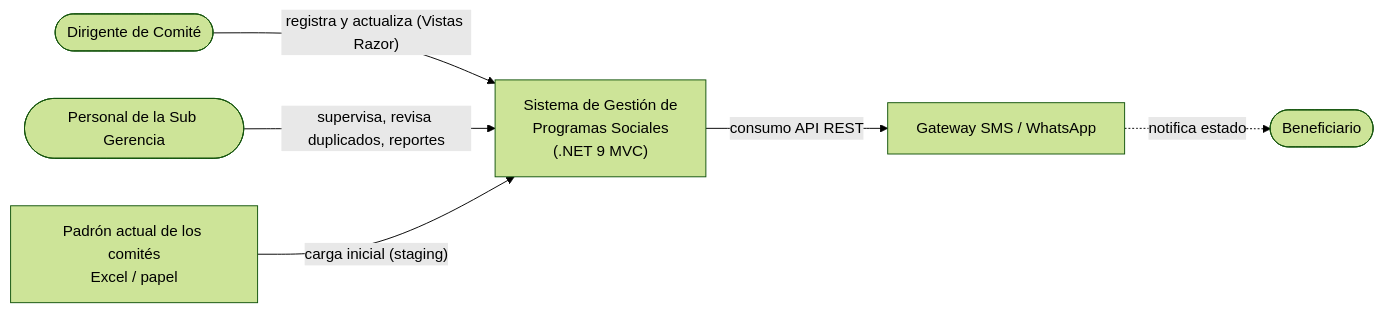
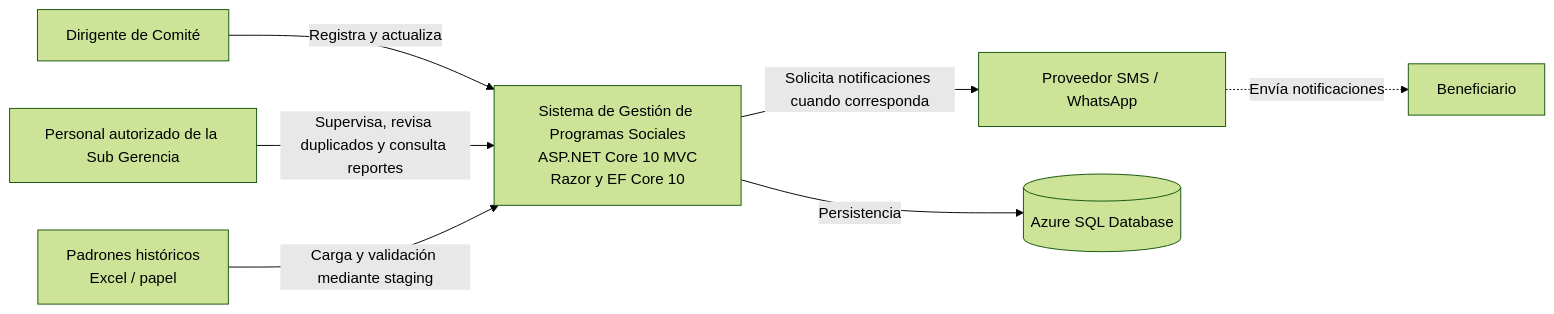
Before and after one commit to Yey-Cardenas/Programas-Sociales: the second of 2 diagrams in arquitectura/arquitectura-inicial.md, drawn with Mermaid (forest theme). The commit also changed other lines of this file and 2 other files, not shown here.

Commit message:
docs: actualizar diagramas de arquitectura MVC y estilo arquitectonico

````diff
--- a/arquitectura/arquitectura-inicial.md
+++ b/arquitectura/arquitectura-inicial.md
@@ -81,9 +82,18 @@
 ```mermaid
+
 flowchart LR
-    Dirigente(["Dirigente de Comité"]) -->|"registra y actualiza (Vistas Razor)"| SGPS
-    Sub(["Personal de la Sub Gerencia"]) -->|"supervisa, revisa duplicados, reportes"| SGPS
-    SGPS["Sistema de Gestión de<br/>Programas Sociales<br/>(.NET 9 MVC)"]
-    SGPS -->|"consumo API REST"| GW["Gateway SMS / WhatsApp"]
-    GW -.->|"notifica estado"| Benef(["Beneficiario"])
-    Excel["Padrón actual de los comités<br/>Excel / papel"] -->|"carga inicial (staging)"| SGPS
+    Dirigente["Dirigente de Comité"]
+    Sub["Personal autorizado de la Sub Gerencia"]
+    SGPS["Sistema de Gestión de Programas Sociales<br/>ASP.NET Core 10 MVC<br/>Razor y EF Core 10"]
+    GW["Proveedor SMS / WhatsApp"]
+    Benef["Beneficiario"]
+    Excel["Padrones históricos<br/>Excel / papel"]
+    DB[("Azure SQL Database")]
+
+    Dirigente -->|"Registra y actualiza"| SGPS
+    Sub -->|"Supervisa, revisa duplicados y consulta reportes"| SGPS
+    Excel -->|"Carga y validación mediante staging"| SGPS
+    SGPS -->|"Persistencia"| DB
+    SGPS -->|"Solicita notificaciones cuando corresponda"| GW
+    GW -.->|"Envía notificaciones"| Benef
 ```
````
